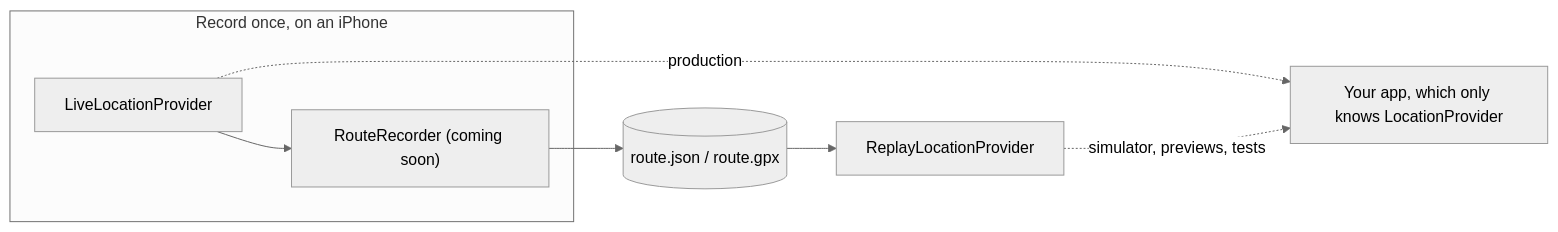
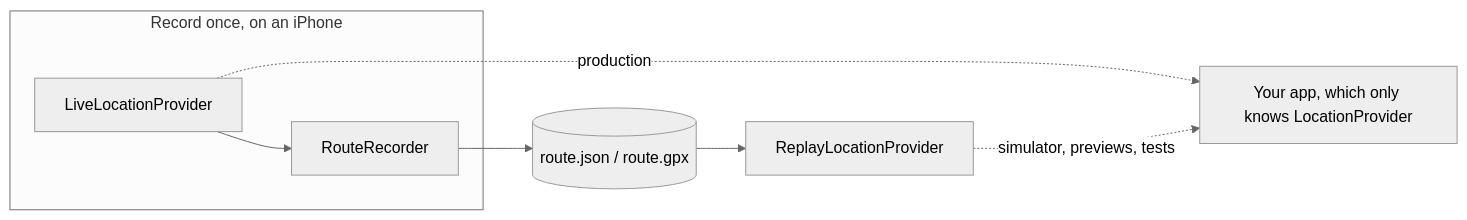
The diagram in README.md (ninikurshavishvili/RouteReplay), drawn with Mermaid (neutral theme) before and after one commit. The commit also changed other lines of this file and 3 other files, not shown here.

First line of the commit message:
Add RouteRecorder with accuracy and distance filtering (package C)

````diff
--- a/README.md
+++ b/README.md
@@ -25,10 +25,10 @@
 ```mermaid
 flowchart LR
     subgraph Record["Record once, on an iPhone"]
-        Live[LiveLocationProvider] --> Recorder["RouteRecorder (coming soon)"]
+        Live[LiveLocationProvider] --> Recorder[RouteRecorder]
     end
     Recorder --> File[("route.json / route.gpx")]
     File --> Replay[ReplayLocationProvider]
     Live -. production .-> App
     Replay -. simulator, previews, tests .-> App["Your app, which only knows LocationProvider"]
 ```
````
